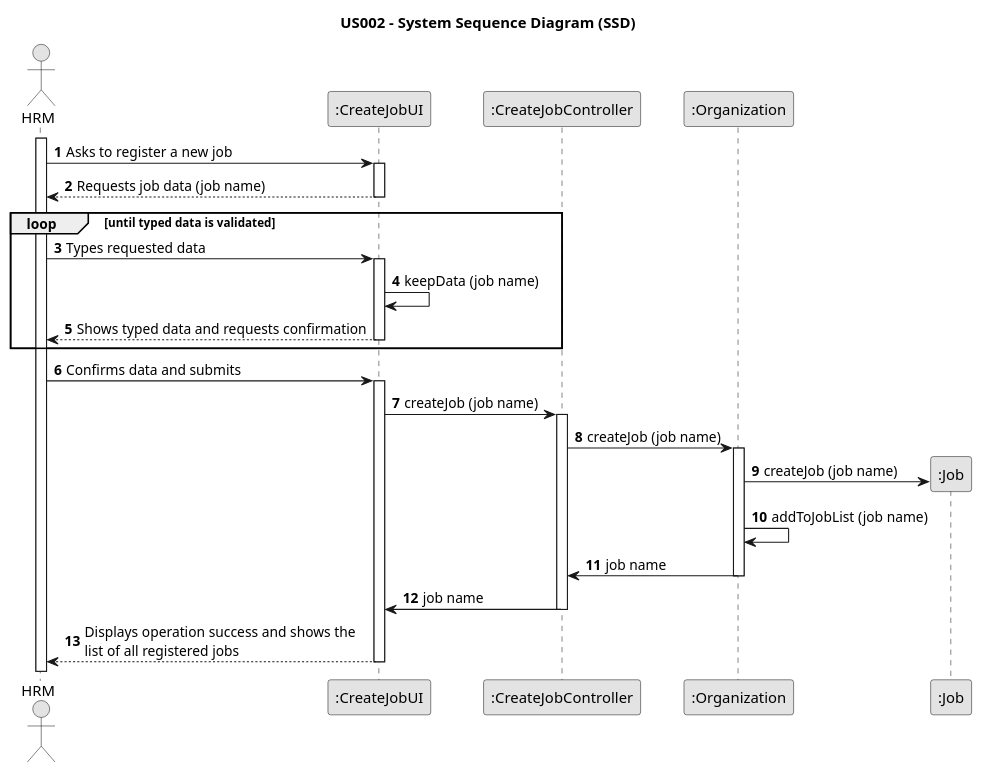
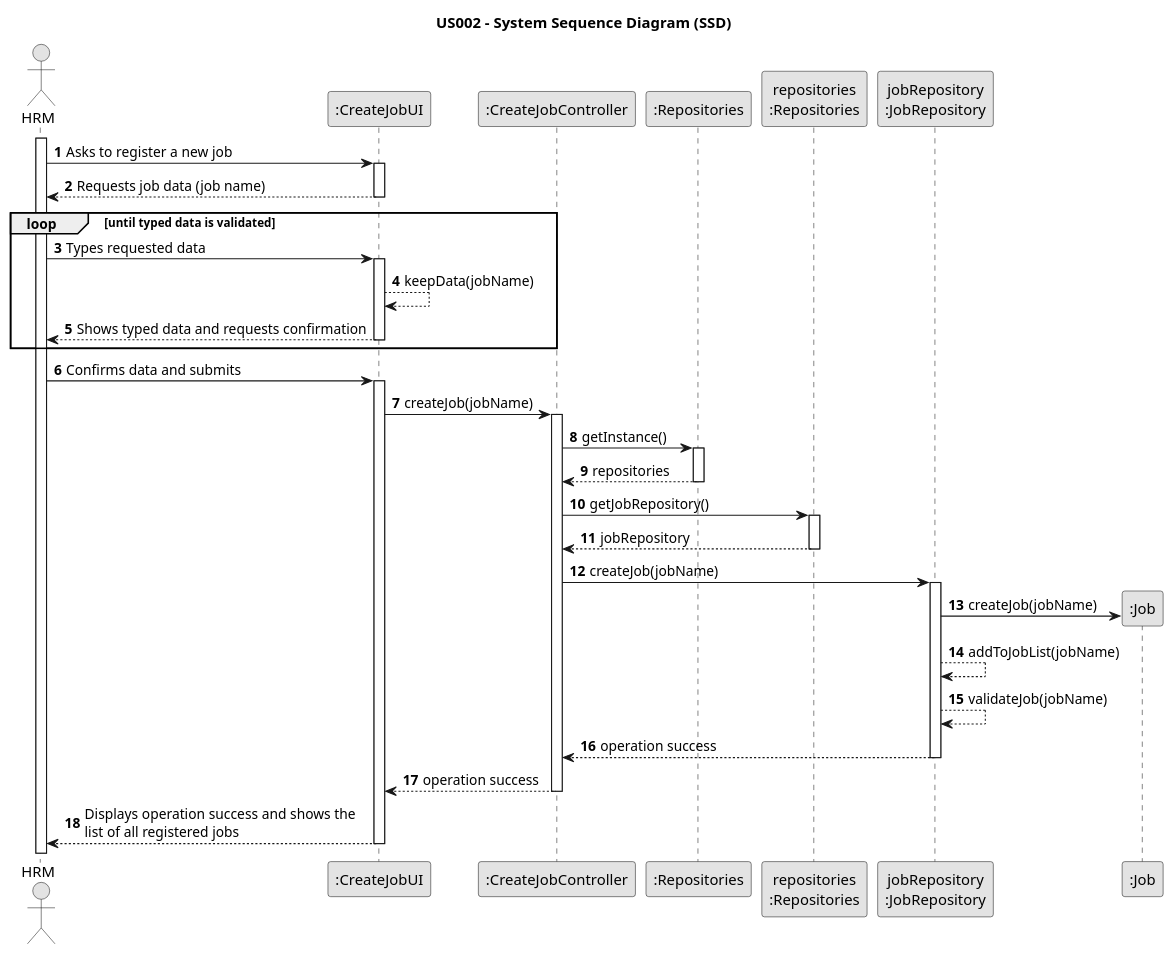
Before and after one commit to Rui-San/LAPR2_2023_2024: the diagram in docs/sprintB/us002/03.design/puml/us002-sequence-diagram.puml, drawn with PlantUML. The commit also changed 10 other files, not shown here.

Commit message:
US02 and US08: Minor Fixes to sequence diagram

```diff
--- a/docs/sprintB/us002/03.design/puml/us002-sequence-diagram.puml
+++ b/docs/sprintB/us002/03.design/puml/us002-sequence-diagram.puml
@@ -1,55 +1,70 @@
 @startuml
 skinparam monochrome true
 skinparam packageStyle rectangle
 skinparam shadowing false
 
 title US002 - System Sequence Diagram (SSD)
 
 autonumber
 
 actor "HRM" as Employee
 participant ":CreateJobUI" as CJU
 participant ":CreateJobController" as CJC
-participant ":Organization" as ORG
+participant ":Repositories" as REPO
+participant "repositories\n:Repositories" as Repos
+participant "jobRepository\n:JobRepository" as ORG
 participant ":Job" as JOB
 
 activate Employee
 
     Employee -> CJU : Asks to register a new job
     activate CJU
 
         CJU --> Employee : Requests job data (job name)
     deactivate CJU
     loop until typed data is validated
     Employee -> CJU : Types requested data
     activate CJU
-    CJU -> CJU : keepData (job name)
+    CJU --> CJU : keepData(jobName)
 
         CJU --> Employee : Shows typed data and requests confirmation
     deactivate CJU
     end
 
     Employee -> CJU : Confirms data and submits
     activate CJU
 
-    CJU -> CJC : createJob (job name)
-
+    CJU -> CJC : createJob(jobName)
     activate CJC
 
-    CJC -> ORG : createJob (job name)
+    CJC -> REPO : getInstance()
+    activate REPO
+
+    REPO --> CJC : repositories
+    deactivate REPO
+
+    CJC -> Repos : getJobRepository()
+    activate Repos
+
+    Repos --> CJC : jobRepository
+    deactivate Repos
+
+    CJC -> ORG : createJob(jobName)
 
     activate ORG
 
-    ORG -> JOB** : createJob (job name)
+    ORG -> JOB** : createJob(jobName)
 
-    ORG -> ORG : addToJobList (job name)
+    ORG --> ORG : addToJobList(jobName)
 
-    ORG -> CJC : job name
+    ORG --> ORG : validateJob(jobName)
+
+    ORG --> CJC : operation success
     deactivate ORG
-    CJC -> CJU : job name
+    CJC --> CJU : operation success
     deactivate CJC
 
         CJU --> Employee : Displays operation success and shows the \nlist of all registered jobs
     deactivate CJU
 
 @enduml
```
